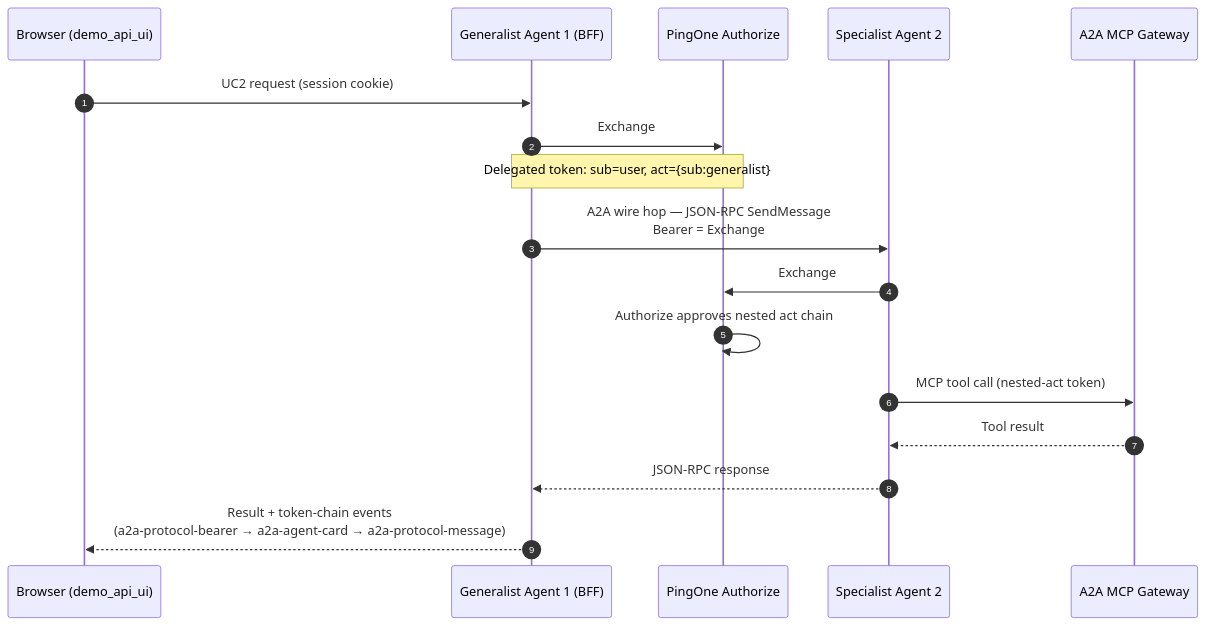
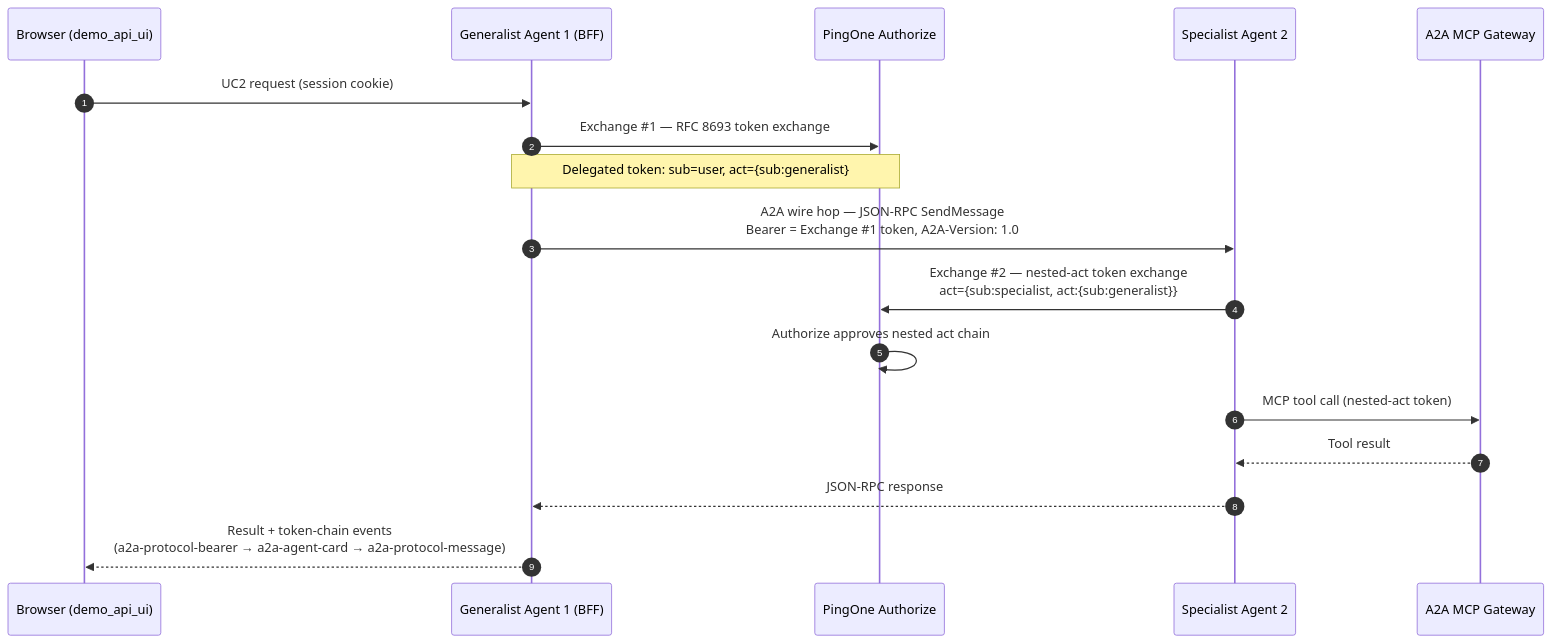
The diagram in docs/a2a-delegation-sequence.mmd (curtismu7/AI-DEMO2), drawn with Mermaid before and after one commit. The commit also changed 5 other files, not shown here.

First line of the commit message:
feat(ui): A2A Architecture page renders the original Mermaid diagrams (#1019)

```diff
--- a/docs/a2a-delegation-sequence.mmd
+++ b/docs/a2a-delegation-sequence.mmd
@@ -1,18 +1,18 @@
 sequenceDiagram
     autonumber
     participant U as Browser (demo_api_ui)
     participant G as Generalist Agent 1 (BFF)
     participant P as PingOne Authorize
     participant S as Specialist Agent 2
     participant M as A2A MCP Gateway
 
     U->>G: UC2 request (session cookie)
-    G->>P: Exchange #1 — RFC 8693 token exchange
+    G->>P: Exchange #35;1 — RFC 8693 token exchange
     Note over G,P: Delegated token: sub=user, act={sub:generalist}
-    G->>S: A2A wire hop — JSON-RPC SendMessage<br/>Bearer = Exchange #1 token, A2A-Version: 1.0
-    S->>P: Exchange #2 — nested-act token exchange<br/>act={sub:specialist, act:{sub:generalist}}
+    G->>S: A2A wire hop — JSON-RPC SendMessage<br/>Bearer = Exchange #35;1 token, A2A-Version: 1.0
+    S->>P: Exchange #35;2 — nested-act token exchange<br/>act={sub:specialist, act:{sub:generalist}}
     P->>P: Authorize approves nested act chain
     S->>M: MCP tool call (nested-act token)
     M-->>S: Tool result
     S-->>G: JSON-RPC response
     G-->>U: Result + token-chain events<br/>(a2a-protocol-bearer → a2a-agent-card → a2a-protocol-message)
```
